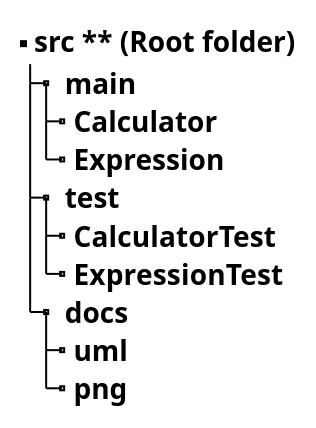
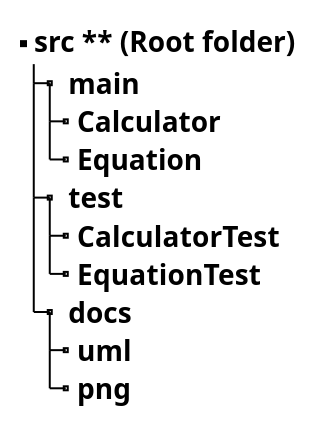
Before and after one commit to crazynayan/java-qa-training: the diagram in src/com/company/docs/uml/Project Structure.puml, drawn with PlantUML. The commit also changed 7 other files, not shown here.

```diff
--- a/src/com/company/docs/uml/Project Structure.puml
+++ b/src/com/company/docs/uml/Project Structure.puml
@@ -1,14 +1,14 @@
 @startuml
 title
     ** src ** (Root folder)
     |_ ** main **
       |_ Calculator
-      |_ Expression
+      |_ Equation
     |_ ** test **
       |_ CalculatorTest
-      |_ ExpressionTest
+      |_ EquationTest
     |_ ** docs **
       |_ uml
       |_ png
 end title
 @enduml
```
